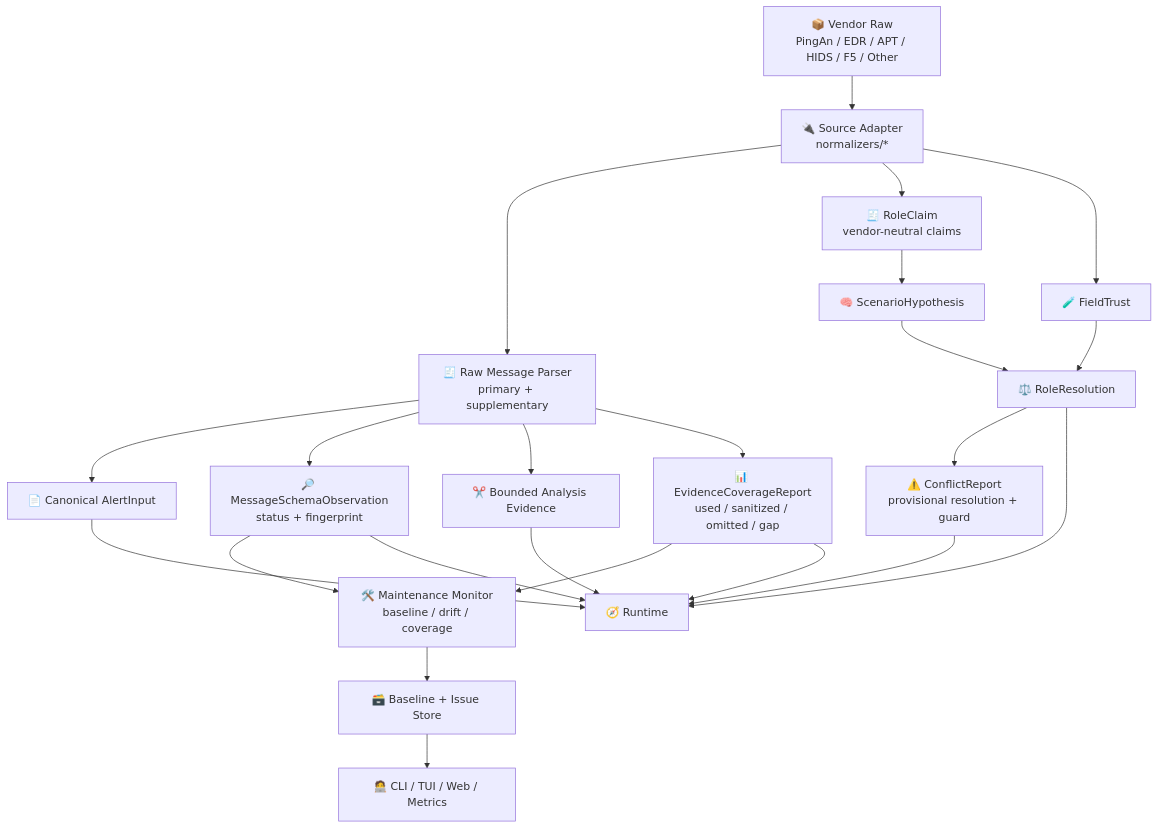
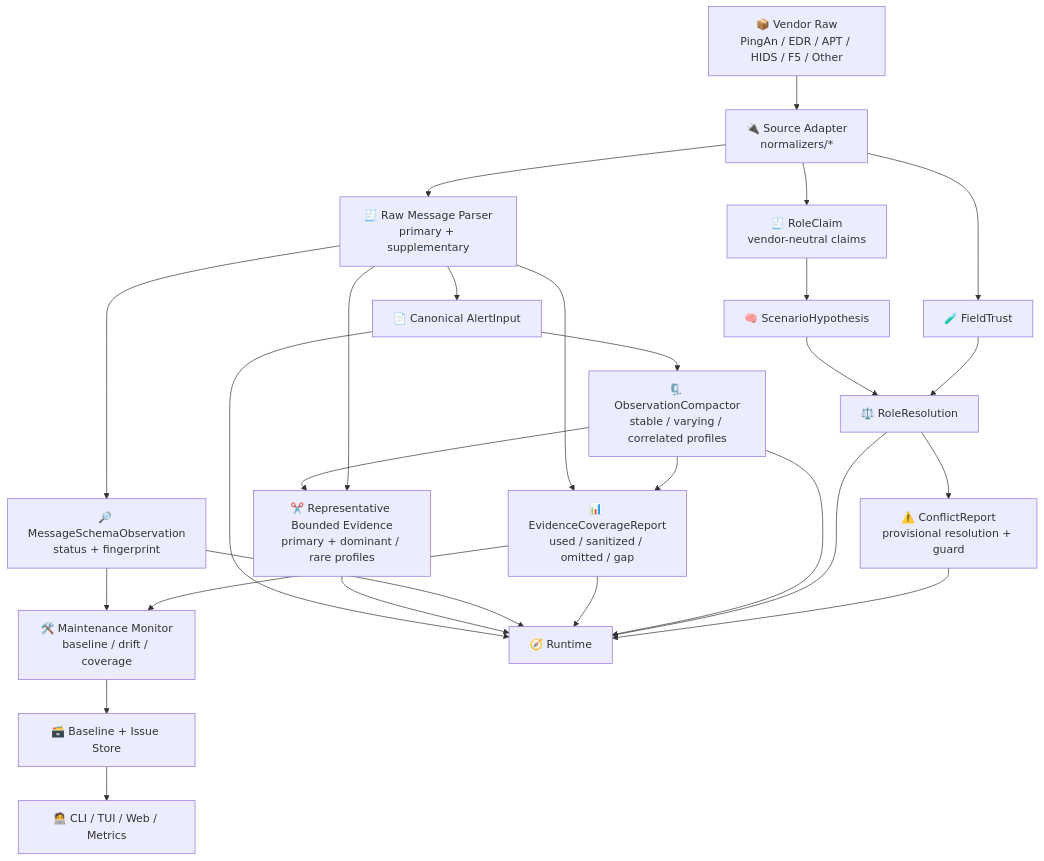
The seventh of 16 diagrams in .notes/ai_soc/soc-agent-solution.md (yydspanda/deer-flow), drawn with Mermaid before and after one commit. The commit also changed other lines of this file and 32 other files, not shown here.

Commit message:
feat(soc): compact repeated evidence and harden model output

````diff
--- a/.notes/ai_soc/soc-agent-solution.md
+++ b/.notes/ai_soc/soc-agent-solution.md
@@ -676,25 +680,29 @@
 ```mermaid
 flowchart TB
     RAW["📦 Vendor Raw<br/>PingAn / EDR / APT / HIDS / F5 / Other"] --> ADAPTER["🔌 Source Adapter<br/>normalizers/*"]
     ADAPTER --> PARSER["🧾 Raw Message Parser<br/>primary + supplementary"]
     PARSER --> CANON["📄 Canonical AlertInput"]
     PARSER --> SCHEMA["🔎 MessageSchemaObservation<br/>status + fingerprint"]
-    PARSER --> BOUNDED["✂️ Bounded Analysis Evidence"]
+    CANON --> COMPACT["🗜️ ObservationCompactor<br/>stable / varying / correlated profiles"]
+    COMPACT --> BOUNDED["✂️ Representative Bounded Evidence<br/>primary + dominant / rare profiles"]
+    PARSER --> BOUNDED
     PARSER --> COVER["📊 EvidenceCoverageReport<br/>used / sanitized / omitted / gap"]
+    COMPACT --> COVER
     SCHEMA --> MONITOR["🛠️ Maintenance Monitor<br/>baseline / drift / coverage"]
     COVER --> MONITOR
     MONITOR --> MAINTDB["🗃️ Baseline + Issue Store"]
     MAINTDB --> OPS["🧑‍💻 CLI / TUI / Web / Metrics"]
     ADAPTER --> CLAIM["🧾 RoleClaim<br/>vendor-neutral claims"]
     ADAPTER --> TRUST["🧪 FieldTrust"]
     CLAIM --> SCENARIO["🧠 ScenarioHypothesis"]
     SCENARIO --> RESOLVE["⚖️ RoleResolution"]
     TRUST --> RESOLVE
     RESOLVE --> CONFLICT["⚠️ ConflictReport<br/>provisional resolution + guard"]
     CANON --> RUNTIME["🧭 Runtime"]
     BOUNDED --> RUNTIME
     SCHEMA --> RUNTIME
     COVER --> RUNTIME
+    COMPACT --> RUNTIME
     RESOLVE --> RUNTIME
     CONFLICT --> RUNTIME
 ```
````
